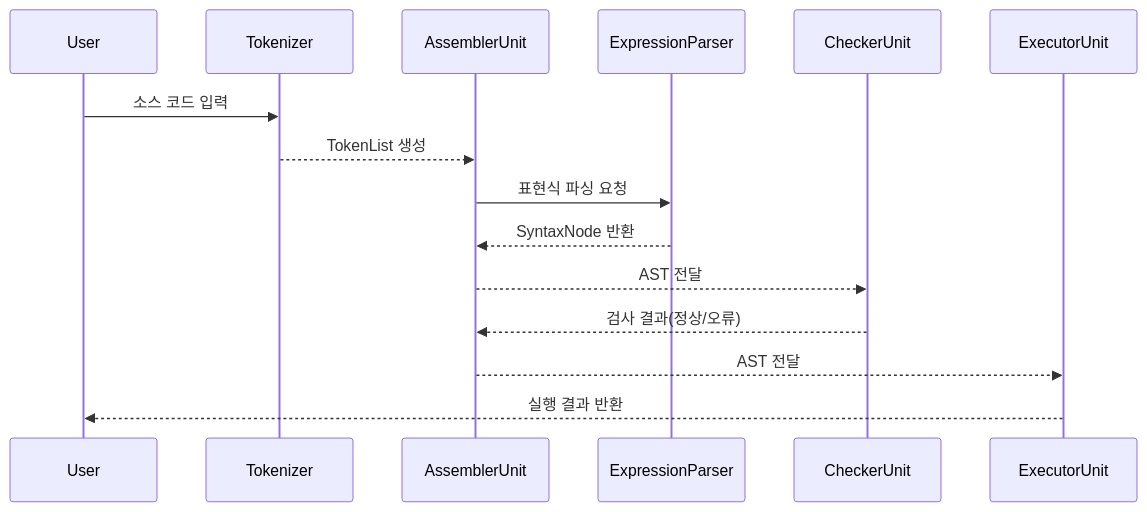
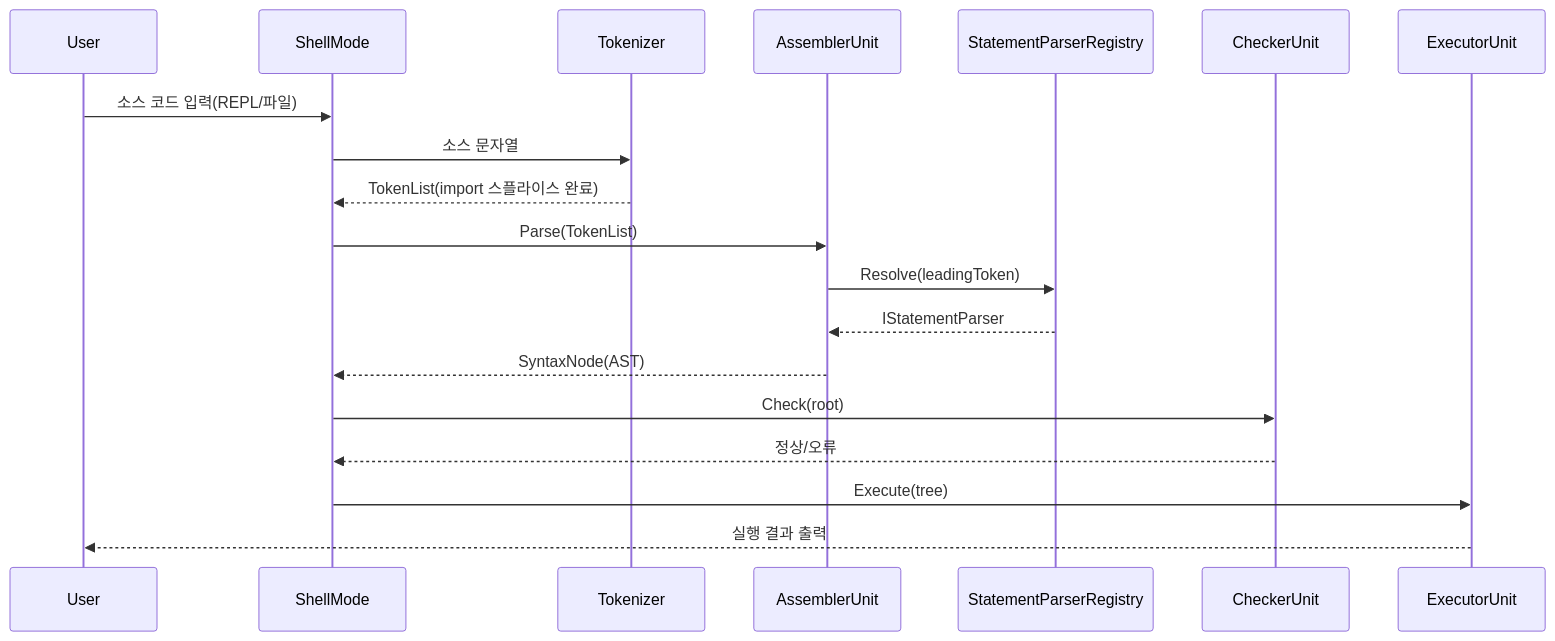
The second of 2 diagrams in docs/CodeFab_Design.md (shoon114/CodeFab), drawn with Mermaid before and after one commit. The commit also changed other lines of this file and 8 other files, not shown here.

````diff
--- a/docs/CodeFab_Design.md
+++ b/docs/CodeFab_Design.md
@@ -194,18 +224,22 @@
 ```mermaid
 sequenceDiagram
     participant User
+    participant ShellMode
     participant Tokenizer
     participant AssemblerUnit
-    participant ExpressionParser
+    participant StatementParserRegistry
     participant CheckerUnit
     participant ExecutorUnit
 
-    User->>Tokenizer: 소스 코드 입력
-    Tokenizer-->>AssemblerUnit: TokenList 생성
-    AssemblerUnit->>ExpressionParser: 표현식 파싱 요청
-    ExpressionParser-->>AssemblerUnit: SyntaxNode 반환
-    AssemblerUnit-->>CheckerUnit: AST 전달
-    CheckerUnit-->>AssemblerUnit: 검사 결과(정상/오류)
-    AssemblerUnit-->>ExecutorUnit: AST 전달
-    ExecutorUnit-->>User: 실행 결과 반환
+    User->>ShellMode: 소스 코드 입력(REPL/파일)
+    ShellMode->>Tokenizer: 소스 문자열
+    Tokenizer-->>ShellMode: TokenList(import 스플라이스 완료)
+    ShellMode->>AssemblerUnit: Parse(TokenList)
+    AssemblerUnit->>StatementParserRegistry: Resolve(leadingToken)
+    StatementParserRegistry-->>AssemblerUnit: IStatementParser
+    AssemblerUnit-->>ShellMode: SyntaxNode(AST)
+    ShellMode->>CheckerUnit: Check(root)
+    CheckerUnit-->>ShellMode: 정상/오류
+    ShellMode->>ExecutorUnit: Execute(tree)
+    ExecutorUnit-->>User: 실행 결과 출력
 ```
````
